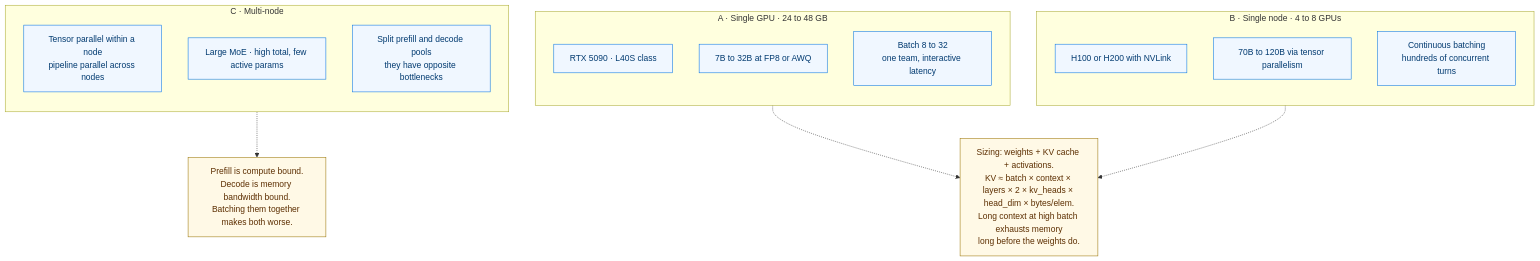
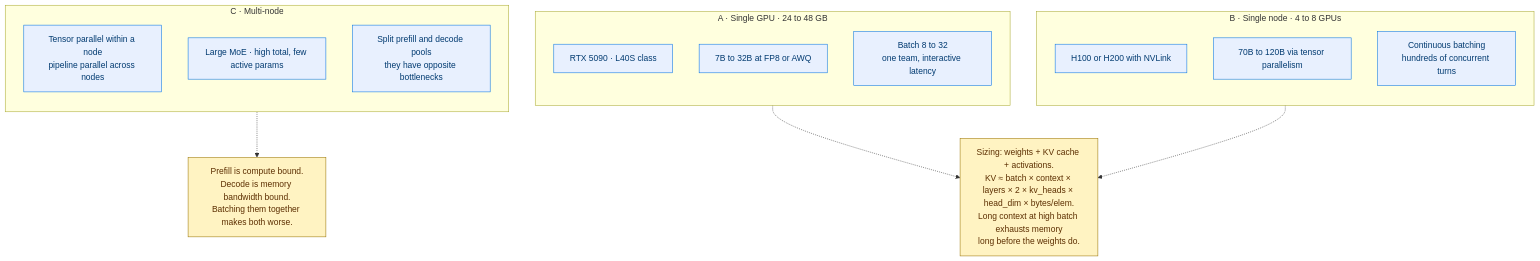
One commit to mlvpatel/open-weight-agent-stack changed diagram 11 of 18 in MANUAL.md. Above: the diagram before and after it, drawn with Mermaid. The commit also changed other lines of this file and 36 other files, not shown here.

First line of the commit message:
feat: render diagrams on Pages, richer palette

````diff
--- a/MANUAL.md
+++ b/MANUAL.md
@@ -947,35 +947,35 @@
 ```mermaid
 flowchart TB
     subgraph A["A · Single GPU · 24 to 48 GB"]
         direction TB
         A1["RTX 5090 · L40S class"]
         A2["7B to 32B at FP8 or AWQ"]
         A3["Batch 8 to 32<br/>one team, interactive latency"]
     end
 
     subgraph B["B · Single node · 4 to 8 GPUs"]
         direction TB
         B1["H100 or H200 with NVLink"]
         B2["70B to 120B via tensor parallelism"]
         B3["Continuous batching<br/>hundreds of concurrent turns"]
     end
 
     subgraph C["C · Multi-node"]
         direction TB
         C1["Tensor parallel within a node<br/>pipeline parallel across nodes"]
         C2["Large MoE · high total, few active params"]
         C3["Split prefill and decode pools<br/>they have opposite bottlenecks"]
     end
 
     RULE["Sizing: weights + KV cache + activations.<br/>KV ≈ batch × context × layers × 2 × kv_heads × head_dim × bytes/elem.<br/>Long context at high batch exhausts memory<br/>long before the weights do."]
     SPLIT["Prefill is compute bound.<br/>Decode is memory bandwidth bound.<br/>Batching them together makes both worse."]
 
     A -.-> RULE
     B -.-> RULE
     C -.-> SPLIT
 
-    classDef tier fill:#f0f7ff,stroke:#0071e3,color:#003a70
-    classDef note fill:#fff9e6,stroke:#997404,color:#5c2e00
+    classDef tier fill:#e8f0fe,stroke:#0071e3,color:#003a70
+    classDef note fill:#fff3c2,stroke:#997404,color:#5c2e00
     class A1,A2,A3,B1,B2,B3,C1,C2,C3 tier
     class RULE,SPLIT note
 ```
````
